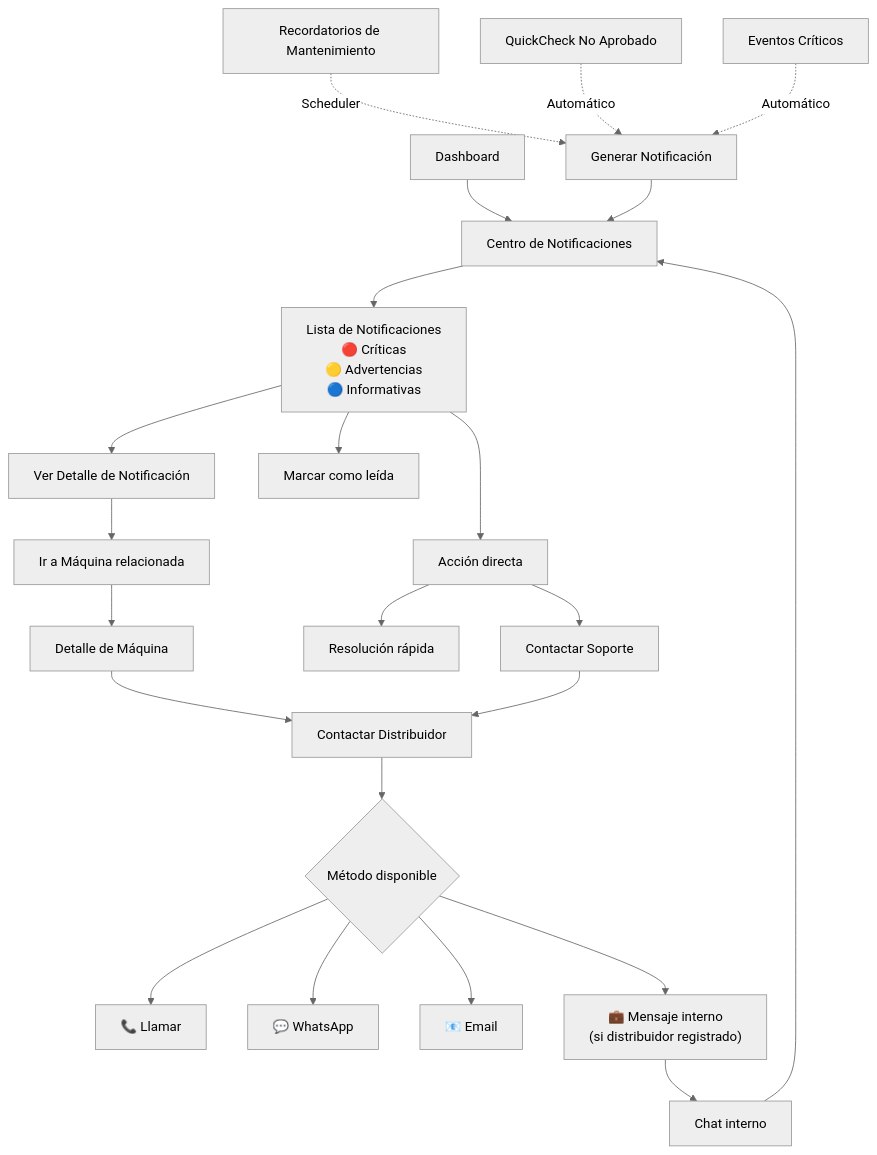
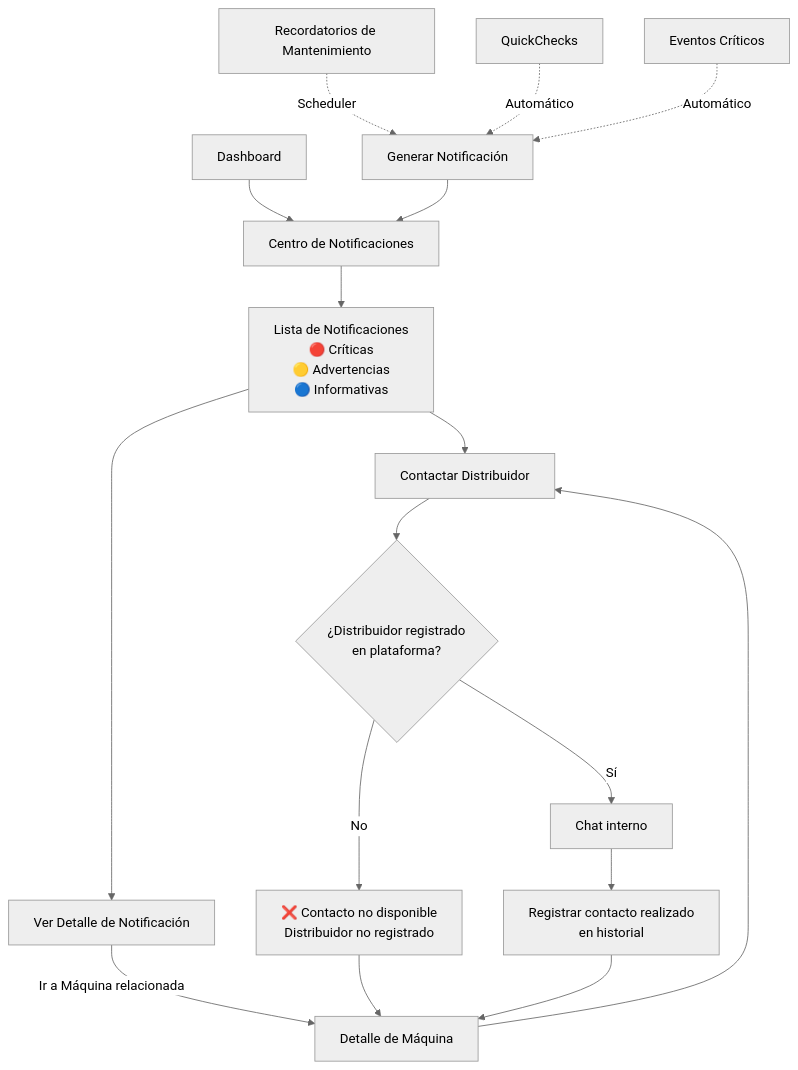
Before and after one commit to MarkMed/FleetMan: the eighth of 9 diagrams in docs/userJourney.md, drawn with Mermaid (neutral theme). The commit also changed other lines of this file, not shown here.

Commit message:
Refactor notification flow: streamline QuickCheck notifications and enhance distributor contact options

````diff
--- a/docs/userJourney.md
+++ b/docs/userJourney.md
@@ -244,36 +244,29 @@
 ```mermaid
 flowchart TD
     DASH[Dashboard] --> NOTIF_CENTER[Centro de Notificaciones]
     
     %% Fuentes de notificaciones
     REMINDERS[Recordatorios de Mantenimiento] -. Scheduler .-> GEN_NOTIF[Generar Notificación]
-    QC_FAILED[QuickCheck No Aprobado] -. Automático .-> GEN_NOTIF
+    QC[QuickChecks] -. Automático .-> GEN_NOTIF
     CRITICAL_EVENTS[Eventos Críticos] -. Automático .-> GEN_NOTIF
     
     GEN_NOTIF --> NOTIF_CENTER
     
     NOTIF_CENTER --> NOTIF_LIST["Lista de Notificaciones<br/>🔴 Críticas<br/>🟡 Advertencias<br/>🔵 Informativas"]
+    DETAIL --> CONTACT_DIST[Contactar Distribuidor]
+    
+    
+    %% Comunicaciones
+    NOTIF_LIST --> CONTACT_DIST
     
     NOTIF_LIST --> NOTIF_DETAIL[Ver Detalle de Notificación]
-    NOTIF_LIST --> MARK_READ[Marcar como leída]
-    NOTIF_LIST --> NOTIF_ACTION[Acción directa]
     
-    NOTIF_DETAIL --> MACHINE_CONTEXT[Ir a Máquina relacionada]
-    NOTIF_ACTION --> QUICK_FIX[Resolución rápida]
-    NOTIF_ACTION --> CONTACT_SUPPORT[Contactar Soporte]
+    NOTIF_DETAIL -->|Ir a Máquina relacionada| DETAIL[Detalle de Máquina]
+    CONTACT_DIST --> DIST_CHECK{¿Distribuidor registrado<br/>en plataforma?}
+    DIST_CHECK -->|No| NO_CONTACT[❌ Contacto no disponible<br/>Distribuidor no registrado]
+    NO_CONTACT --> DETAIL
+    DIST_CHECK -->|Sí| CHAT[Chat interno]
+    CHAT --> SAVE_CONTACT[Registrar contacto realizado<br/>en historial]
+    SAVE_CONTACT --> DETAIL
     
-    MACHINE_CONTEXT --> DETAIL[Detalle de Máquina]
-    
-    %% Comunicaciones
-    DETAIL --> CONTACT_DIST[Contactar Distribuidor]
-    CONTACT_SUPPORT --> CONTACT_DIST
-    
-    CONTACT_DIST --> CONTACT_METHOD{Método disponible}
-    CONTACT_METHOD --> PHONE[📞 Llamar]
-    CONTACT_METHOD --> WHATSAPP[💬 WhatsApp]
-    CONTACT_METHOD --> EMAIL[📧 Email]
-    CONTACT_METHOD --> INTERNAL[💼 Mensaje interno<br/>#40;si distribuidor registrado#41;]
-    
-    INTERNAL --> CHAT[Chat interno]
-    CHAT --> NOTIF_CENTER
 ```
````
